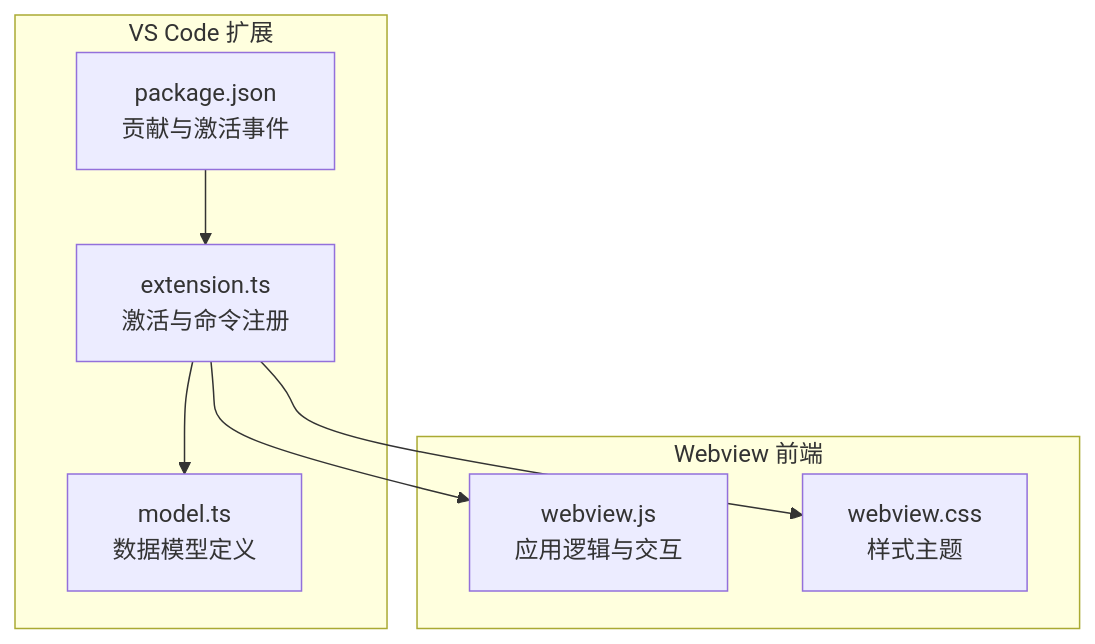
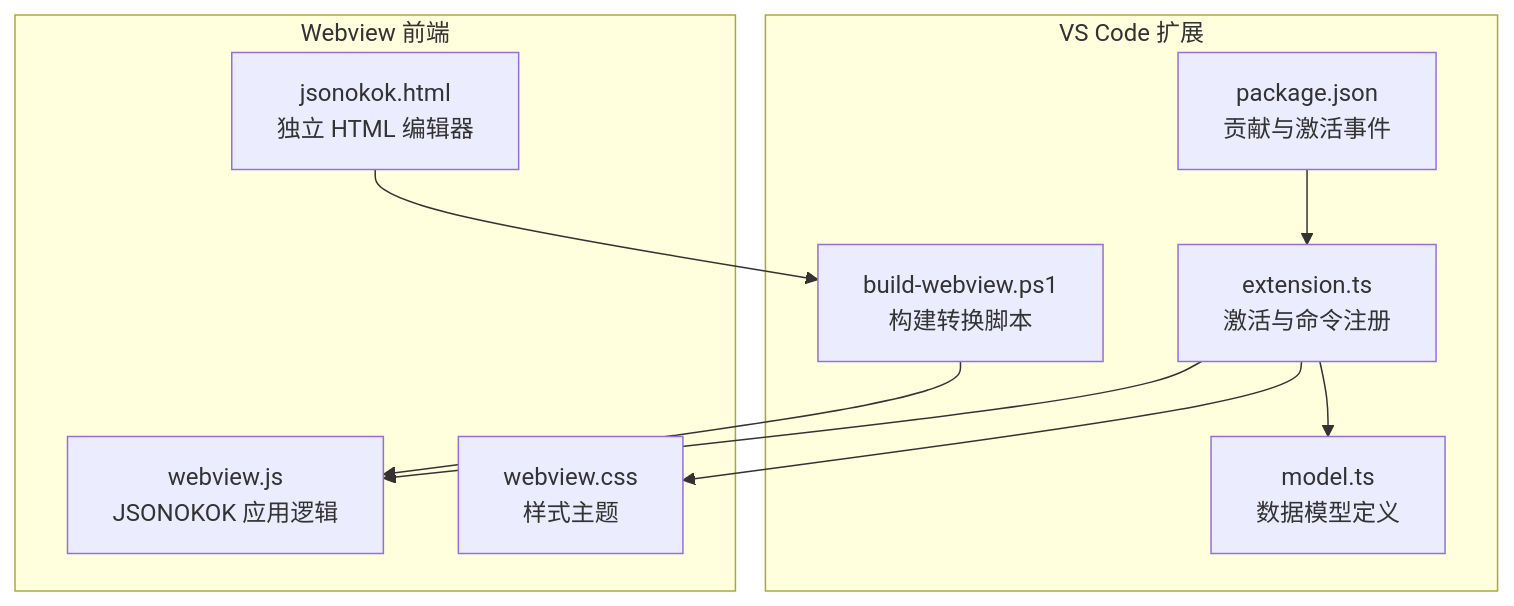
The first of 9 diagrams in .qoder/repowiki/zh/content/核心架构设计/Webview 集成架构.md (meiok1/wysjson), drawn with Mermaid before and after one commit. The commit also changed other lines of this file and 45 other files, not shown here.

````diff
--- a/.qoder/repowiki/zh/content/核心架构设计/Webview 集成架构.md
+++ b/.qoder/repowiki/zh/content/核心架构设计/Webview 集成架构.md
@@ -39,16 +53,20 @@
 ```mermaid
 graph TB
 subgraph "VS Code 扩展"
 EXT["extension.ts<br/>激活与命令注册"]
 MODEL["model.ts<br/>数据模型定义"]
 PKG["package.json<br/>贡献与激活事件"]
+BUILD["build-webview.ps1<br/>构建转换脚本"]
 end
 subgraph "Webview 前端"
-WVJS["webview.js<br/>应用逻辑与交互"]
+WVJS["webview.js<br/>JSONOKOK 应用逻辑"]
 WVCSS["webview.css<br/>样式主题"]
+HTML["jsonokok.html<br/>独立 HTML 编辑器"]
 end
 EXT --> WVJS
 EXT --> WVCSS
 EXT --> MODEL
 PKG --> EXT
+BUILD --> WVJS
+HTML --> BUILD
 ```
````
